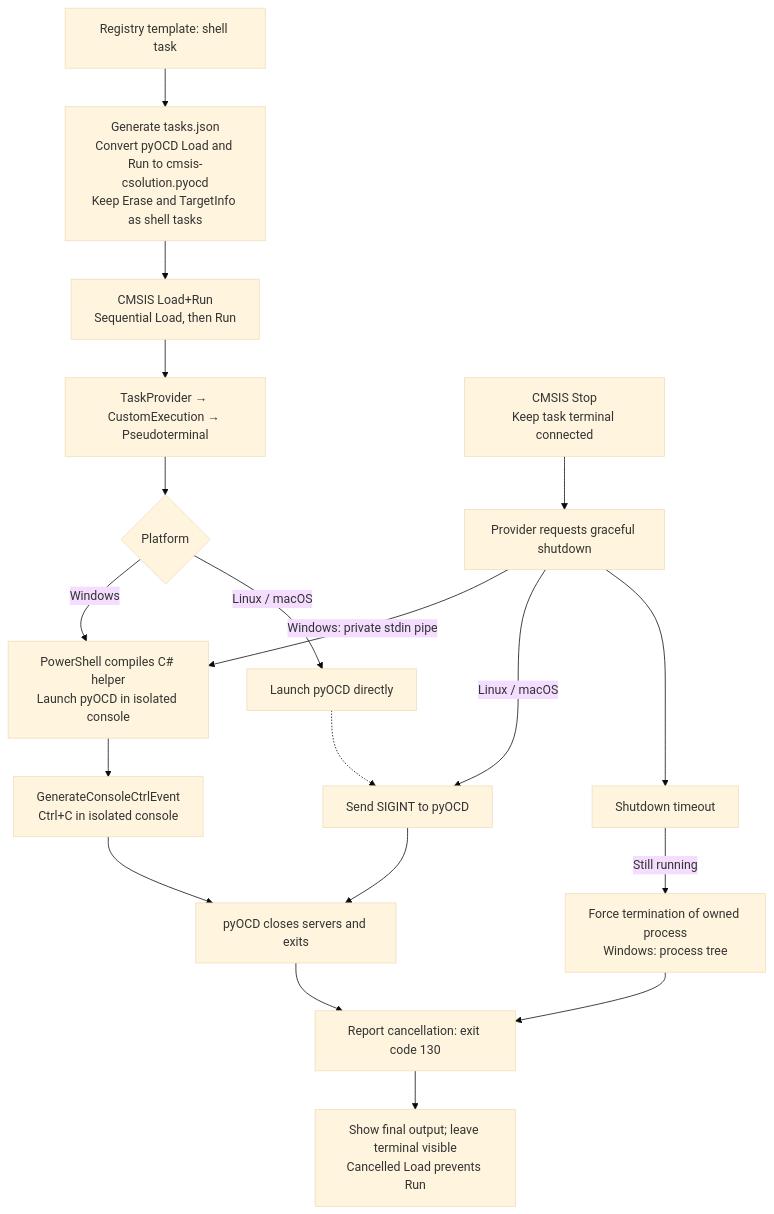
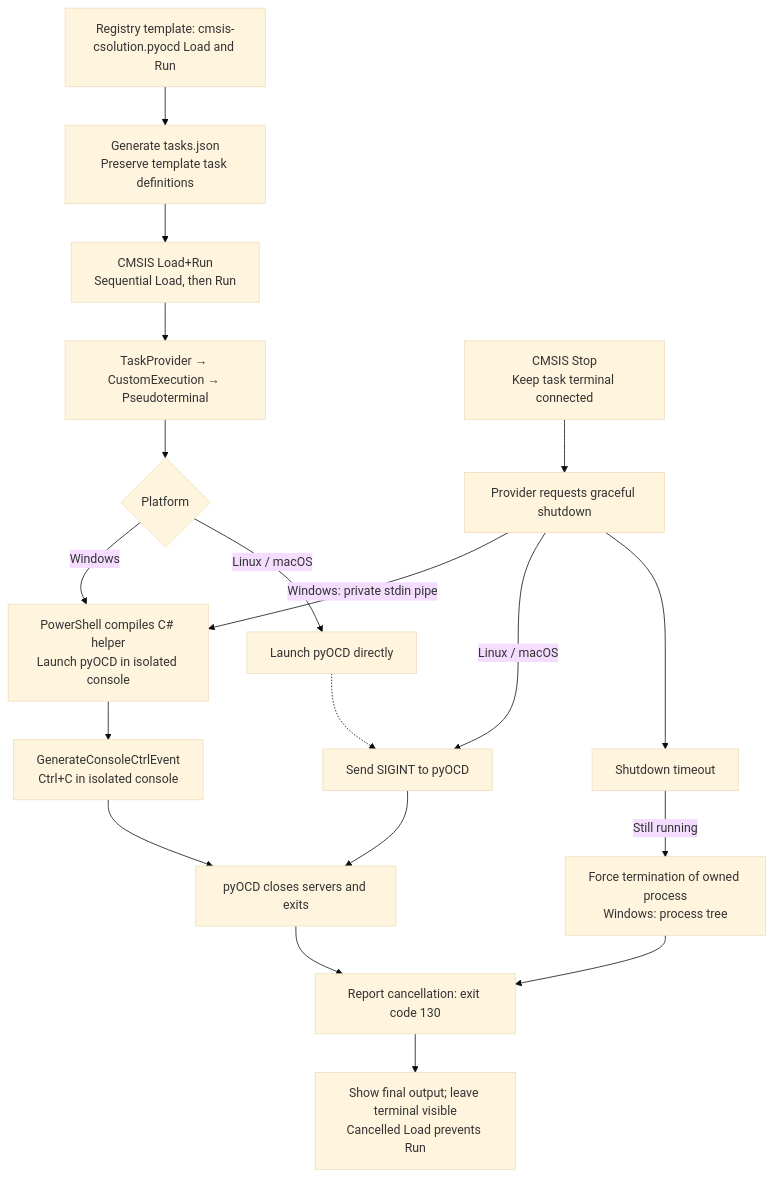
The diagram in src/ARCHITECTURE.md (Open-CMSIS-Pack/vscode-cmsis-solution), drawn with Mermaid (base theme) before and after one commit. The commit also changed other lines of this file and 6 other files, not shown here.

First line of the commit message:
Fix pyOCD task template integration and Windows executable resolution (#674)

````diff
--- a/src/ARCHITECTURE.md
+++ b/src/ARCHITECTURE.md
@@ -236,22 +232,22 @@
 ```mermaid
 flowchart TD
-    Template["Registry template: shell task"] --> Generate["Generate tasks.json<br/>Convert pyOCD Load and Run to cmsis-csolution.pyocd<br/>Keep Erase and TargetInfo as shell tasks"]
+    Template["Registry template: cmsis-csolution.pyocd Load and Run"] --> Generate["Generate tasks.json<br/>Preserve template task definitions"]
     Generate --> Compound["CMSIS Load+Run<br/>Sequential Load, then Run"]
     Compound --> Provider["TaskProvider → CustomExecution → Pseudoterminal"]
     Provider --> Platform{"Platform"}
     Platform -->|Windows| Helper["PowerShell compiles C# helper<br/>Launch pyOCD in isolated console"]
     Platform -->|Linux / macOS| Direct["Launch pyOCD directly"]
 
     Stop["CMSIS Stop<br/>Keep task terminal connected"] --> Request["Provider requests graceful shutdown"]
     Request -->|Windows: private stdin pipe| Helper
     Helper --> CtrlC["GenerateConsoleCtrlEvent<br/>Ctrl+C in isolated console"]
     Request -->|Linux / macOS| Signal["Send SIGINT to pyOCD"]
     Direct -.-> Signal
     CtrlC --> Exit["pyOCD closes servers and exits"]
     Signal --> Exit
     Request --> Timeout["Shutdown timeout"]
     Timeout -->|Still running| Force["Force termination of owned process<br/>Windows: process tree"]
     Force --> Finish["Report cancellation: exit code 130"]
     Exit --> Finish
     Finish --> Retain["Show final output; leave terminal visible<br/>Cancelled Load prevents Run"]
 ```
````
